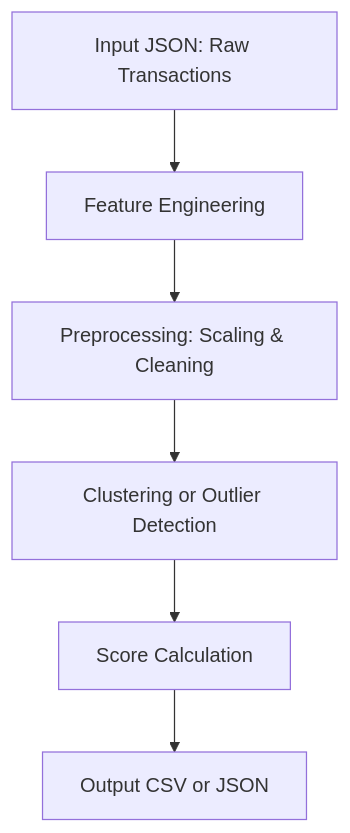
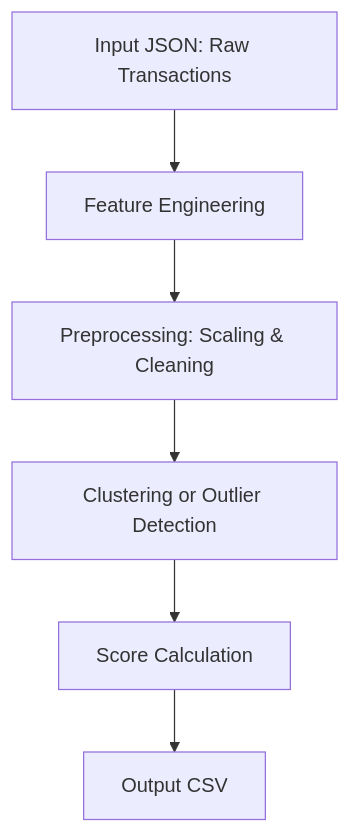
One commit to sivajeetsabdakar/Zeru-ProblemStatement-1 changed the diagram in README.md. Above: the diagram before and after it, drawn with Mermaid. The commit also changed other lines of this file, not shown here.

````diff
--- a/README.md
+++ b/README.md
@@ -23,8 +23,8 @@
 ```mermaid
 graph TD;
     A[Input JSON: Raw Transactions] --> B[Feature Engineering]
     B --> C[Preprocessing: Scaling & Cleaning]
     C --> D[Clustering or Outlier Detection]
     D --> E[Score Calculation]
-    E --> F[Output CSV or JSON]
+    E --> F[Output CSV]
 ```
````
